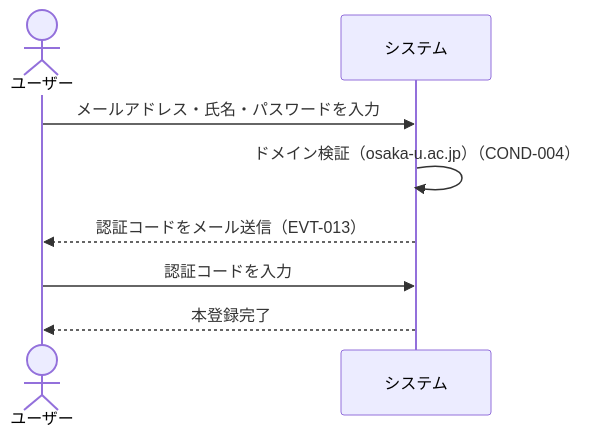
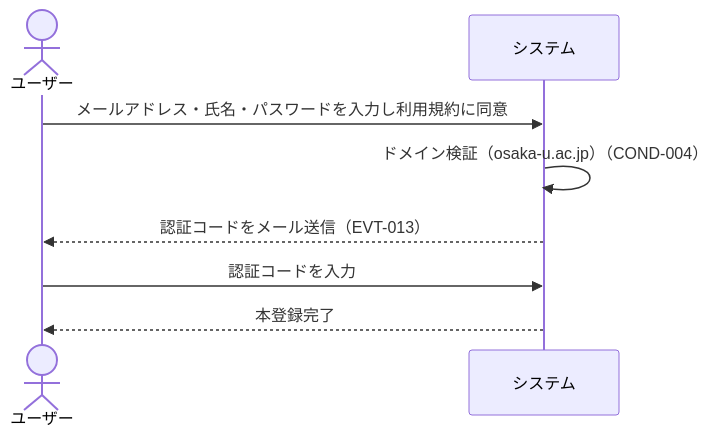
Before and after one commit to gdsc-osaka/iclub-reserve: the second of 3 diagrams in rdra/contexts/user-authentication.md, drawn with Mermaid. The commit also changed other lines of this file and 1 other file, not shown here.

````diff
--- a/rdra/contexts/user-authentication.md
+++ b/rdra/contexts/user-authentication.md
@@ -106,11 +109,11 @@
 ```mermaid
 sequenceDiagram
     actor ユーザー
     participant システム
 
-    ユーザー->>システム: メールアドレス・氏名・パスワードを入力
+    ユーザー->>システム: メールアドレス・氏名・パスワードを入力し利用規約に同意
     システム->>システム: ドメイン検証（osaka-u.ac.jp）（COND-004）
     システム-->>ユーザー: 認証コードをメール送信（EVT-013）
     ユーザー->>システム: 認証コードを入力
     システム-->>ユーザー: 本登録完了
 ```
````
